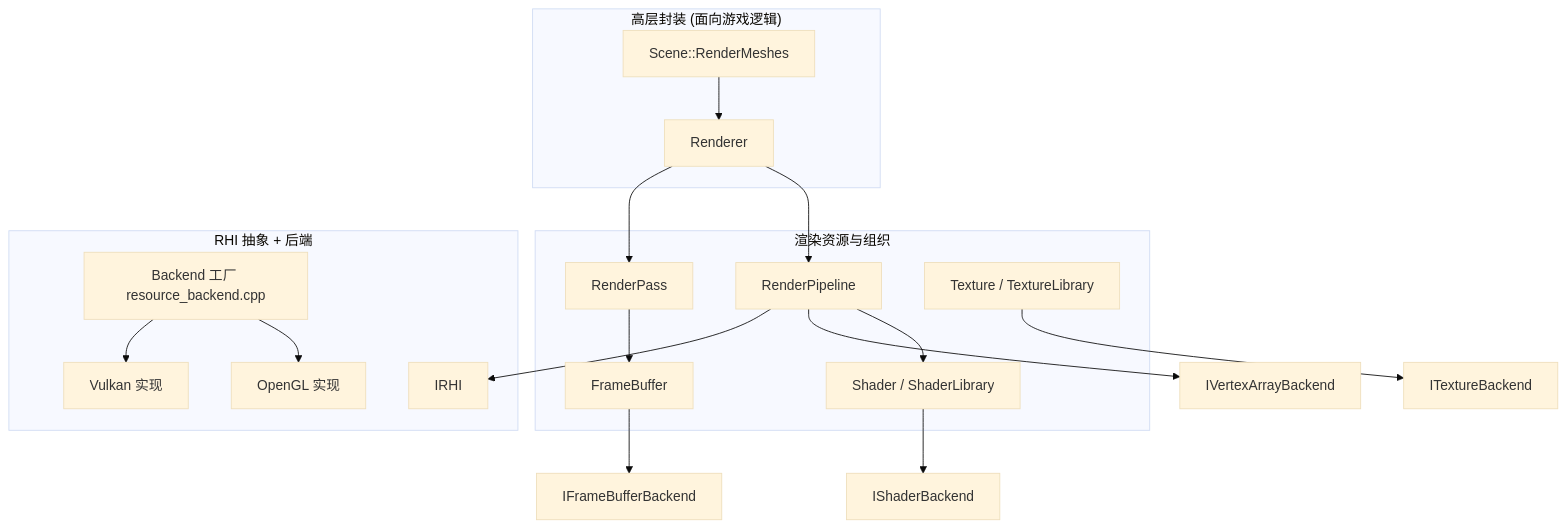
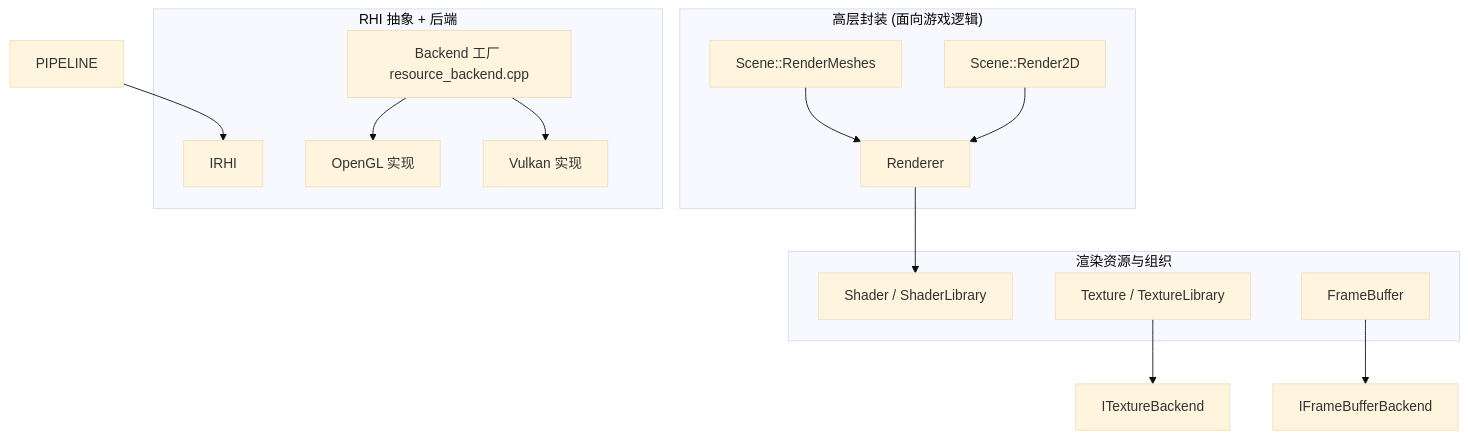
Before and after one commit to MiaoHN/MEngine: the first of 2 diagrams in docs/rendering.md, drawn with Mermaid (base theme). The commit also changed other lines of this file and 37 other files, not shown here.

First line of the commit message:
feat(2d): scene dimension, dedicated 2D render path, 2D editor viewport

````diff
--- a/docs/rendering.md
+++ b/docs/rendering.md
@@ -27,35 +27,30 @@
 ```mermaid
 graph TB
     subgraph 高层["高层封装 (面向游戏逻辑)"]
         RENDERER[Renderer]
-        SCENE[Scene::RenderMeshes]
+        SCENE3D[Scene::RenderMeshes]
+        SCENE2D[Scene::Render2D]
     end
 
     subgraph 中间层["渲染资源与组织"]
-        PIPELINE[RenderPipeline]
-        PASS[RenderPass]
         SHADER[Shader / ShaderLibrary]
         TEX[Texture / TextureLibrary]
         FB[FrameBuffer]
     end
 
     subgraph RHI层["RHI 抽象 + 后端"]
         IRHI[IRHI]
         FACTORY[Backend 工厂 resource_backend.cpp]
         GL[OpenGL 实现]
         VK[Vulkan 实现]
     end
 
-    RENDERER --> PIPELINE
-    RENDERER --> PASS
-    PIPELINE --> SHADER
-    PIPELINE --> VAO[IVertexArrayBackend]
-    SCENE --> RENDERER
-    PASS --> FB
-    SHADER --> IShaderBackend
+    RENDERER --> SHADER
+    SCENE3D --> RENDERER
+    SCENE2D --> RENDERER
     TEX --> ITextureBackend
     FB --> IFrameBufferBackend
     FACTORY --> GL
     FACTORY --> VK
     PIPELINE --> IRHI
 ```
````
